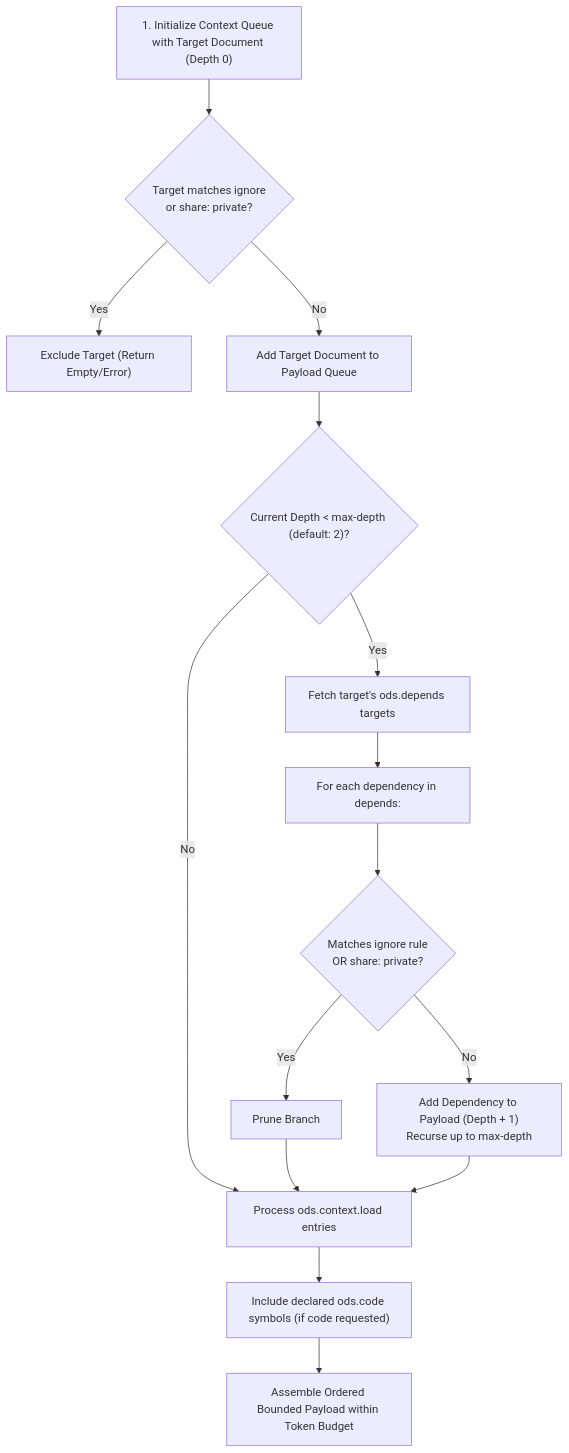
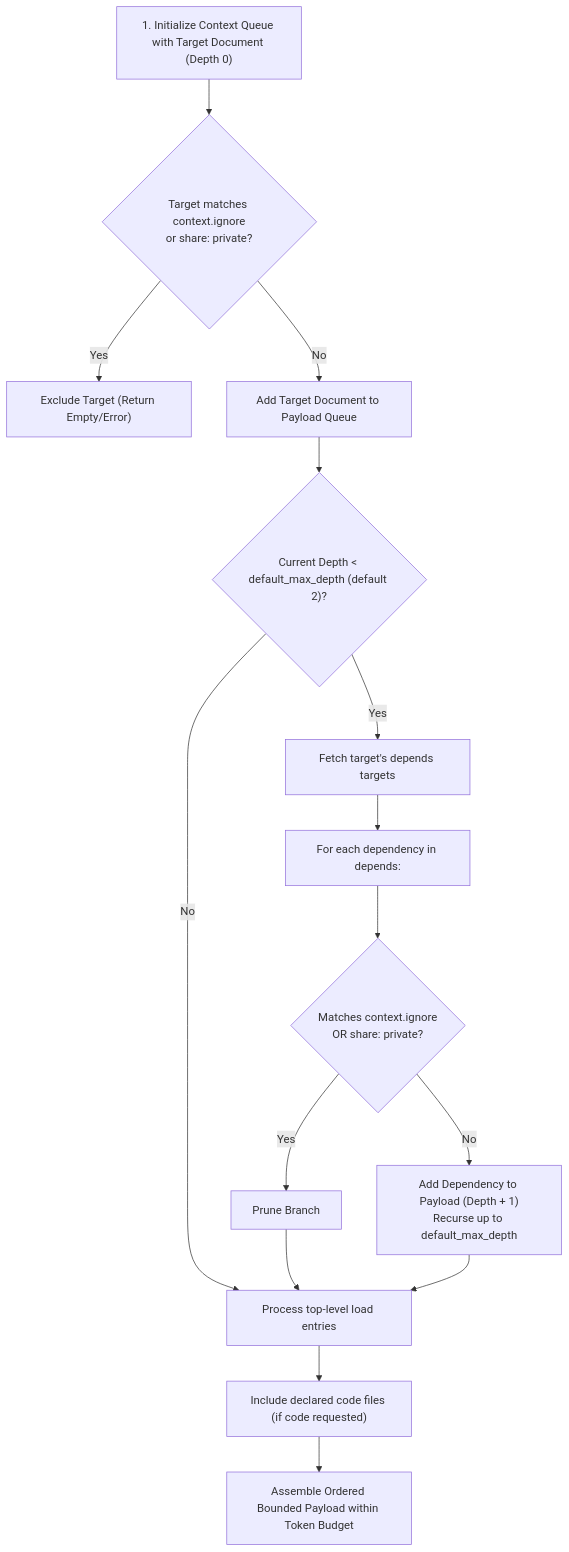
Before and after one commit to open-doc-spec/ods-spec: the diagram in specs/context.md, drawn with Mermaid. The commit also changed other lines of this file and 129 other files, not shown here.

````diff
--- a/specs/context.md
+++ b/specs/context.md
@@ -187,19 +202,19 @@
 ```mermaid
 flowchart TD
-    Start["1. Initialize Context Queue with Target Document (Depth 0)"] --> FilterTarget{"Target matches ignore<br>or share: private?"}
+    Start["1. Initialize Context Queue with Target Document (Depth 0)"] --> FilterTarget{"Target matches context.ignore<br>or share: private?"}
     FilterTarget -- Yes --> Abort["Exclude Target (Return Empty/Error)"]
     FilterTarget -- No --> AddTarget["Add Target Document to Payload Queue"]
 
-    AddTarget --> CheckDepth{"Current Depth < max-depth (default: 2)?"}
-    CheckDepth -- Yes --> FetchDepends["Fetch target's ods.depends targets"]
+    AddTarget --> CheckDepth{"Current Depth < default_max_depth (default 2)?"}
+    CheckDepth -- Yes --> FetchDepends["Fetch target's depends targets"]
     FetchDepends --> LoopDepends["For each dependency in depends:"]
-    LoopDepends --> FilterDep{"Matches ignore rule<br>OR share: private?"}
+    LoopDepends --> FilterDep{"Matches context.ignore<br>OR share: private?"}
     FilterDep -- Yes --> SkipDep["Prune Branch"]
-    FilterDep -- No --> EnqueueDep["Add Dependency to Payload (Depth + 1)<br>Recurse up to max-depth"]
-    CheckDepth -- No --> LoadAux["Process ods.context.load entries"]
+    FilterDep -- No --> EnqueueDep["Add Dependency to Payload (Depth + 1)<br>Recurse up to default_max_depth"]
+    CheckDepth -- No --> LoadAux["Process top-level load entries"]
 
     SkipDep --> LoadAux
     EnqueueDep --> LoadAux
-    LoadAux --> InjectCode["Include declared ods.code symbols (if code requested)"]
+    LoadAux --> InjectCode["Include declared code files (if code requested)"]
     InjectCode --> Finalize["Assemble Ordered Bounded Payload within Token Budget"]
 ```
````
